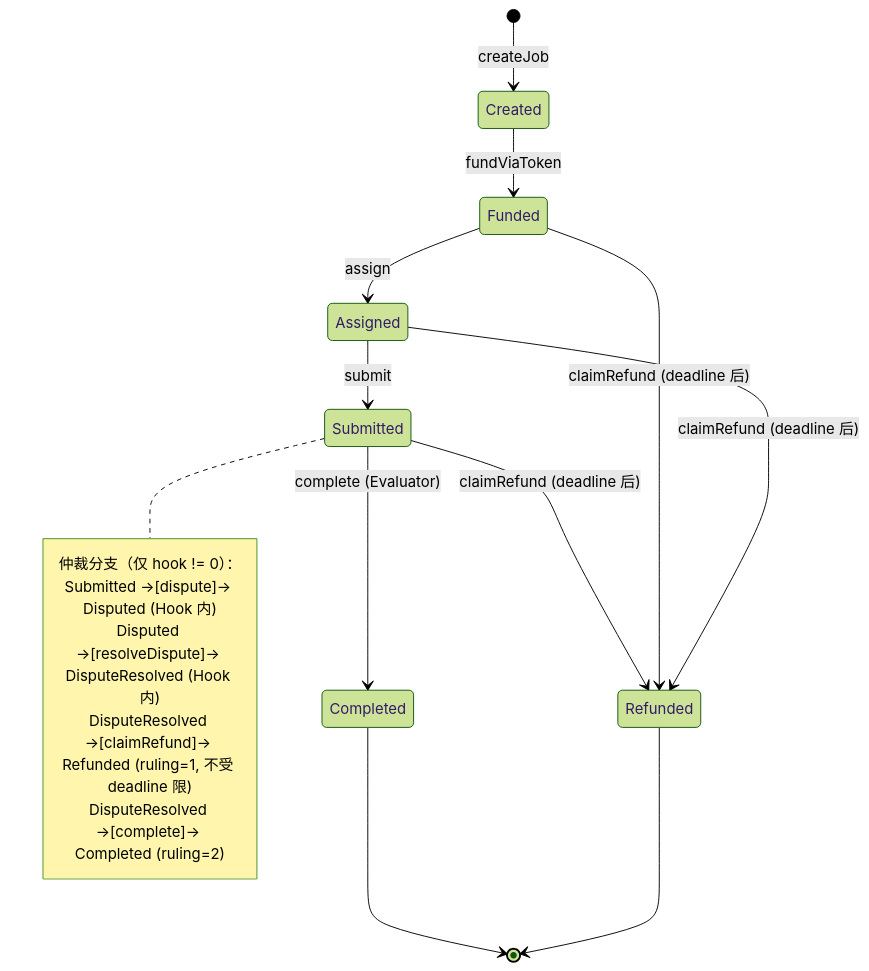
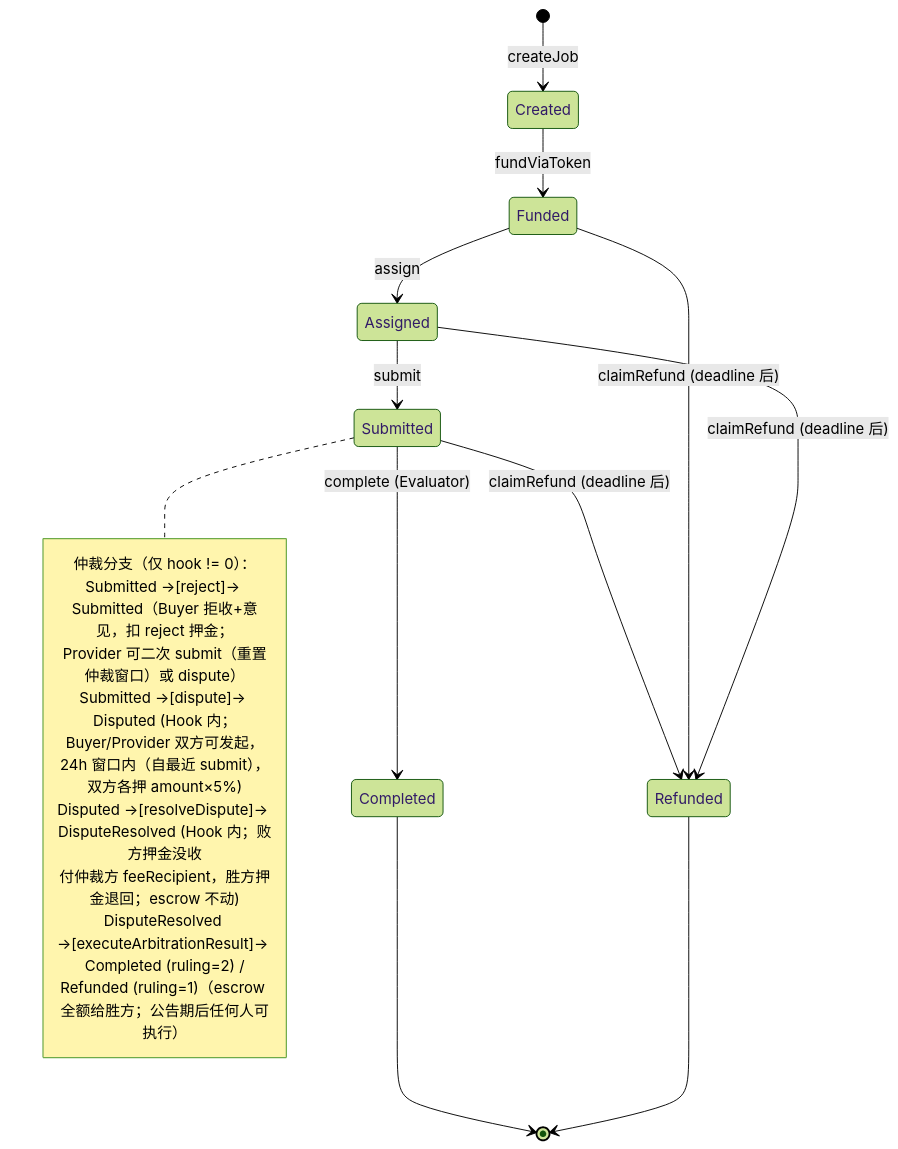
The sixth of 14 diagrams in docs/SD.zh-CN.v1.0.md (zane199109/prismsettle), drawn with Mermaid (forest theme) before and after one commit. The commit also changed other lines of this file and 20 other files, not shown here.

````diff
--- a/docs/SD.zh-CN.v1.0.md
+++ b/docs/SD.zh-CN.v1.0.md
@@ -637,22 +644,26 @@
 ```mermaid
 stateDiagram-v2
     [*] --> Created: createJob
     Created --> Funded: fundViaToken
     Funded --> Assigned: assign
     Assigned --> Submitted: submit
     Submitted --> Completed: complete (Evaluator)
     Submitted --> Refunded: claimRefund (deadline 后)
     Funded --> Refunded: claimRefund (deadline 后)
     Assigned --> Refunded: claimRefund (deadline 后)
 
     note right of Submitted
         仲裁分支（仅 hook != 0）：
-        Submitted →[dispute]→ Disputed (Hook 内)
-        Disputed →[resolveDispute]→ DisputeResolved (Hook 内)
-        DisputeResolved →[claimRefund]→ Refunded (ruling=1, 不受 deadline 限)
-        DisputeResolved →[complete]→ Completed (ruling=2)
+        Submitted →[reject]→ Submitted（Buyer 拒收+意见，扣 reject 押金；
+            Provider 可二次 submit（重置仲裁窗口）或 dispute）
+        Submitted →[dispute]→ Disputed (Hook 内；Buyer/Provider 双方可发起，
+            24h 窗口内（自最近 submit），双方各押 amount×5%)
+        Disputed →[resolveDispute]→ DisputeResolved (Hook 内；败方押金没收
+            付仲裁方 feeRecipient，胜方押金退回；escrow 不动)
+        DisputeResolved →[executeArbitrationResult]→ Completed (ruling=2) /
+            Refunded (ruling=1)（escrow 全额给胜方；公告期后任何人可执行）
     end note
 
     Completed --> [*]
     Refunded --> [*]
 ```
````
